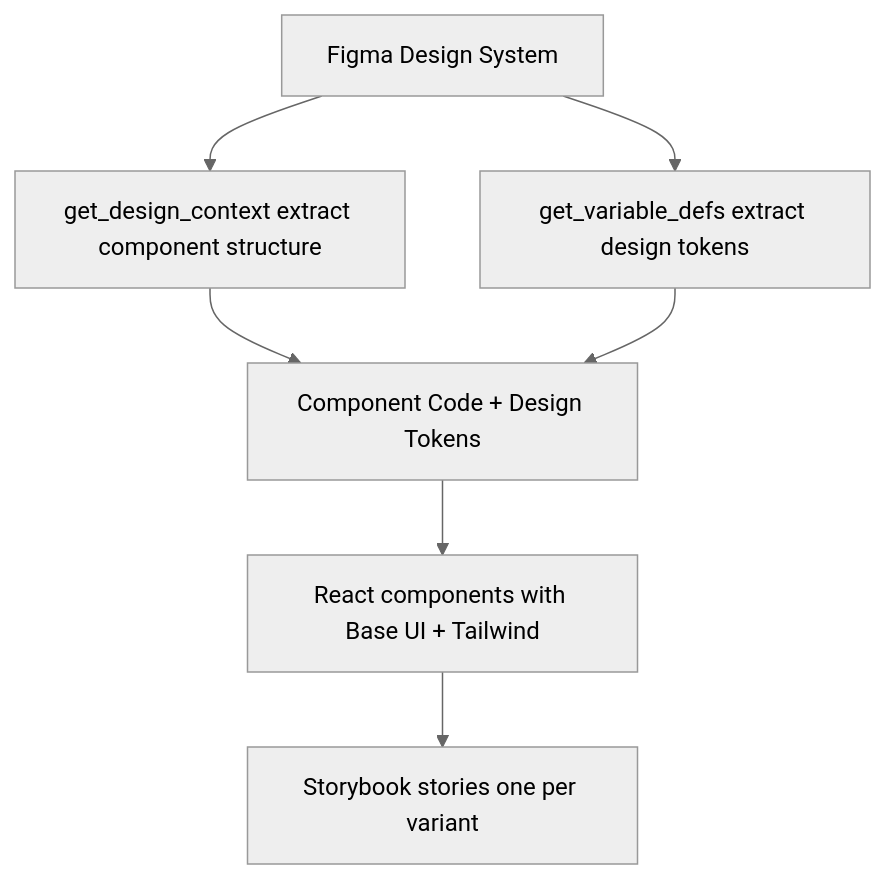
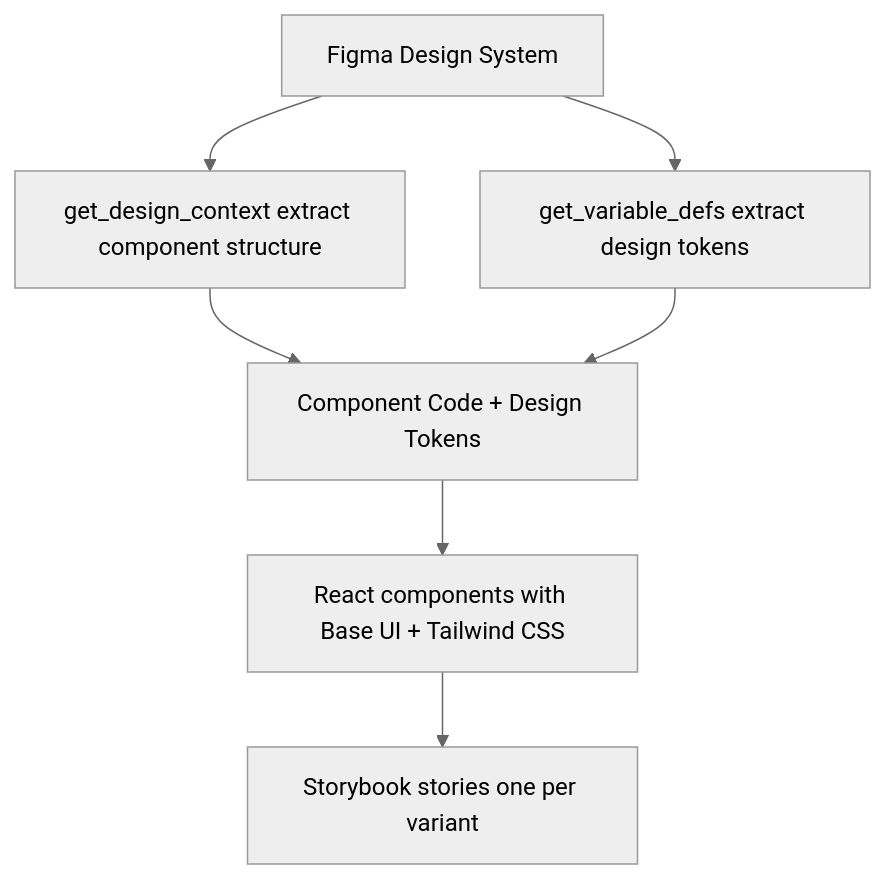
Before and after one commit to ubmit/ubmit.dev: the first of 2 diagrams in src/content/talks/from-prompts-to-predictable-user-interfaces.md, drawn with Mermaid (neutral theme). The commit also changed other lines of this file, not shown here.

````diff
--- a/src/content/talks/from-prompts-to-predictable-user-interfaces.md
+++ b/src/content/talks/from-prompts-to-predictable-user-interfaces.md
@@ -39,9 +39,9 @@
 ```mermaid
 graph TD
     A[Figma Design System] --> B[get_design_context extract component structure]
     A --> C[get_variable_defs extract design tokens]
     B --> D[Component Code + Design Tokens]
     C --> D
-    D --> E[React components with Base UI + Tailwind]
+    D --> E[React components with Base UI + Tailwind CSS]
     E --> F[Storybook stories one per variant]
 ```
````
